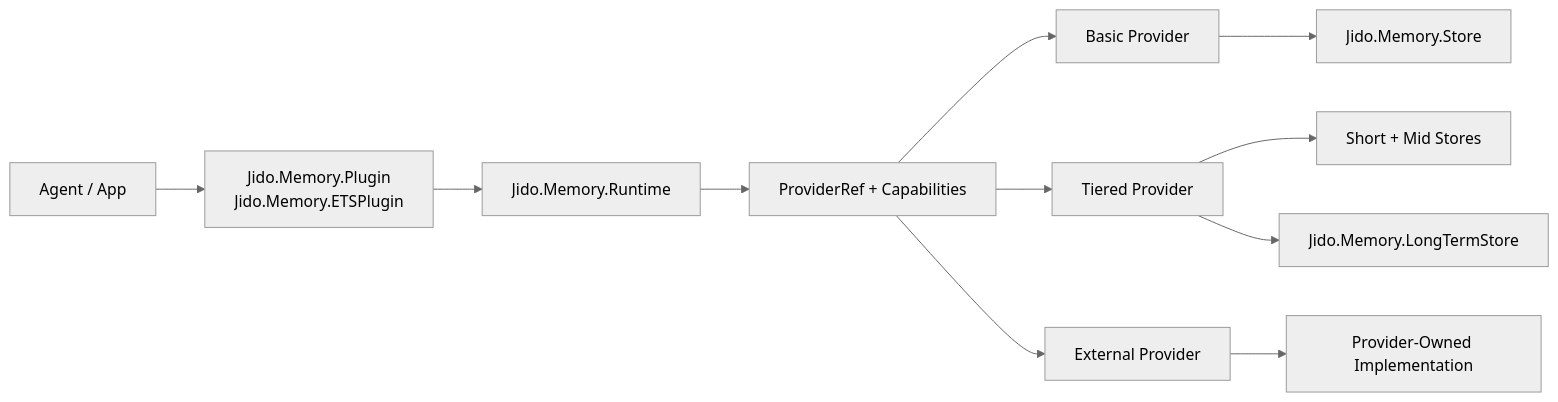
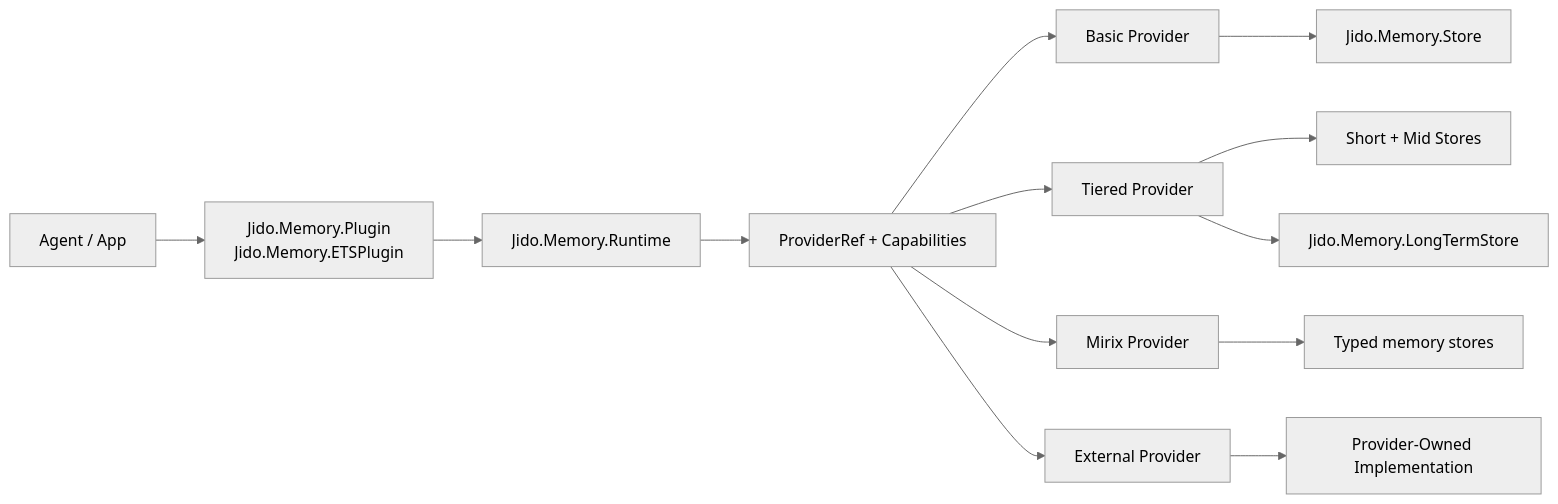
Before and after one commit to agentjido/jido_memory: the first of 3 diagrams in .spec/topology.md, drawn with Mermaid (neutral theme). The commit also changed other lines of this file and 7 other files, not shown here.

Commit message:
docs: align specs with built-in mirix provider

````diff
--- a/.spec/topology.md
+++ b/.spec/topology.md
@@ -23,15 +23,17 @@
 ```mermaid
 flowchart LR
     App["Agent / App"] --> Plugin["Jido.Memory.Plugin\nJido.Memory.ETSPlugin"]
     Plugin --> Runtime["Jido.Memory.Runtime"]
     Runtime --> ProviderRef["ProviderRef + Capabilities"]
 
     ProviderRef --> Basic["Basic Provider"]
     ProviderRef --> Tiered["Tiered Provider"]
+    ProviderRef --> Mirix["Mirix Provider"]
     ProviderRef --> External["External Provider"]
 
     Basic --> Store["Jido.Memory.Store"]
     Tiered --> ShortMid["Short + Mid Stores"]
     Tiered --> LongTerm["Jido.Memory.LongTermStore"]
+    Mirix --> MirixStores["Typed memory stores"]
     External --> ExtImpl["Provider-Owned Implementation"]
 ```
````
